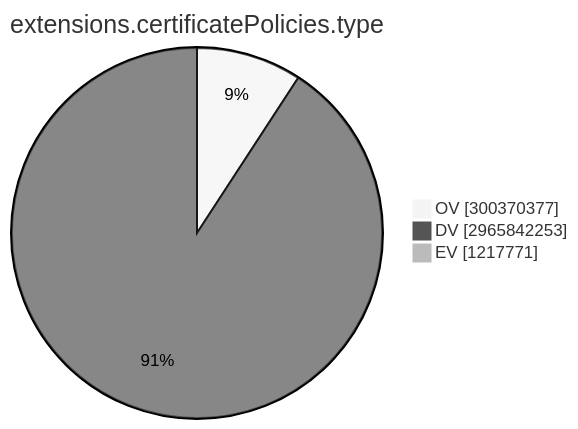
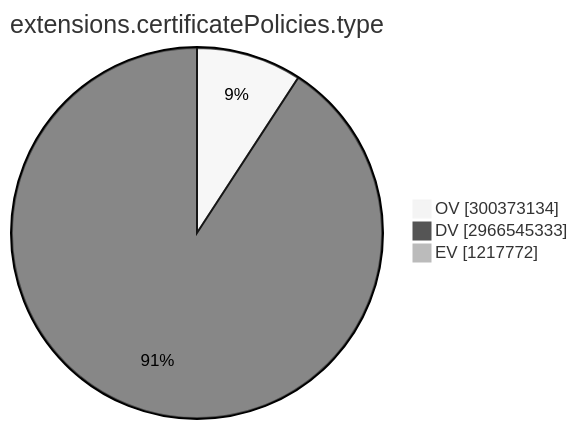
Before and after one commit to christiankrug/ctmonitor_visualization: the ninth of 15 diagrams in TOTAL/README.md, drawn with Mermaid (neutral theme). The commit also changed other lines of this file, not shown here.

````diff
--- a/TOTAL/README.md
+++ b/TOTAL/README.md
@@ -3101,7 +3101,7 @@
 ```mermaid
 pie showData
 title extensions.certificatePolicies.type
-"OV" :300370377
-"DV" :2965842253
-"EV" :1217771
+"OV" :300373134
+"DV" :2966545333
+"EV" :1217772
 ```
````
